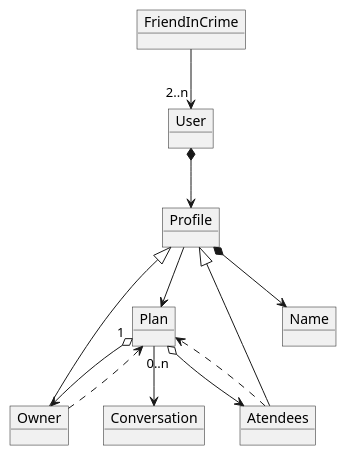
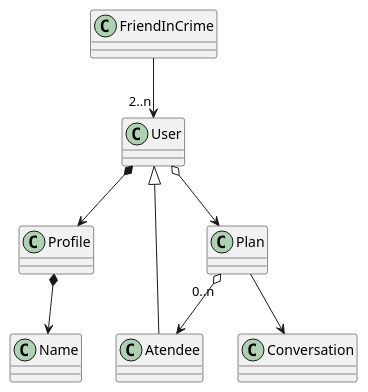
One commit to colasin16/pop-up-plan-service changed the diagram in docs/src/domain-model.puml. Above: the diagram before and after it, drawn with PlantUML. The commit also changed 2 other files, not shown here.

Commit message:
Updated docs and diagrams

```diff
--- a/docs/src/domain-model.puml
+++ b/docs/src/domain-model.puml
@@ -1,28 +1,22 @@
 @startuml DomainModel
 
-object FriendInCrime
-object User
-object Profile
-object Plan
-object Owner
-object Atendees
-object Name
-object Conversation
+class FriendInCrime
+class User
+class Profile
+class Plan
+class Atendee
+class Name
+class Conversation
 
 FriendInCrime --> "2..n" User
 User *--> Profile
+User o--> Plan
+
 Profile *--> Name
-Profile --> Plan
 
 Plan --> Conversation
+Plan "0..n" o-down-> Atendee
 
-Owner -up-|> Profile
-Atendees -up-|> Profile
-
-Plan "1" o-down-> Owner
-Owner .up.> Plan
-
-Plan "0..n" o-down-> Atendees
-Atendees ..> Plan
+Atendee -up-|> User
 
 @enduml
```
